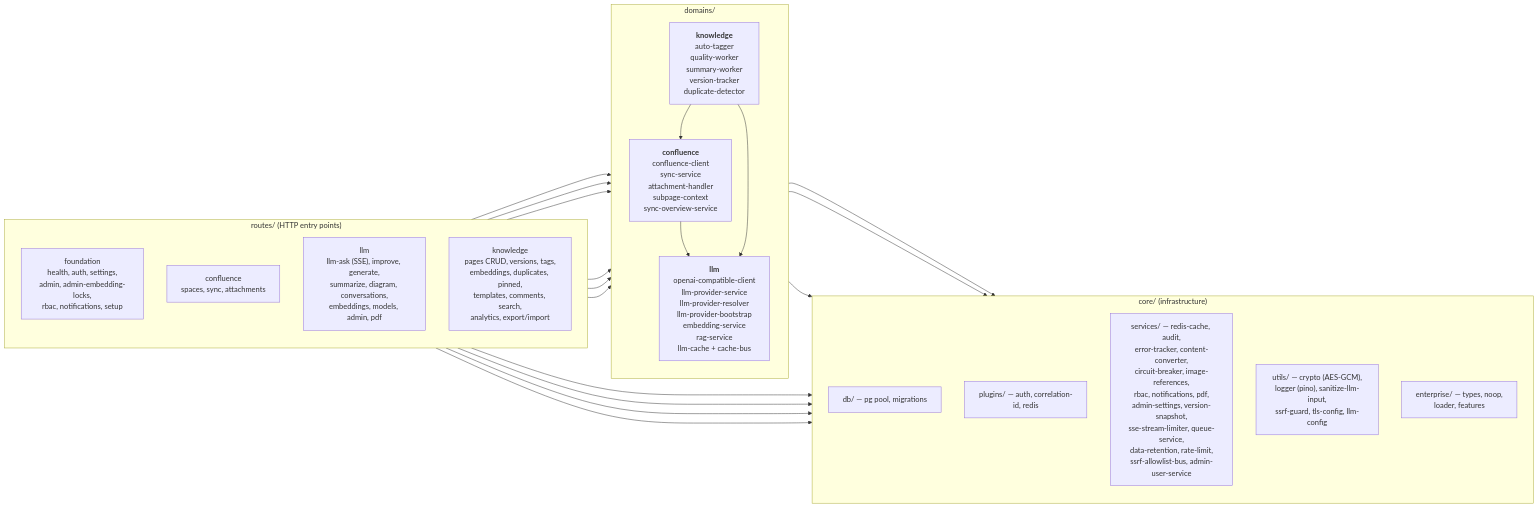
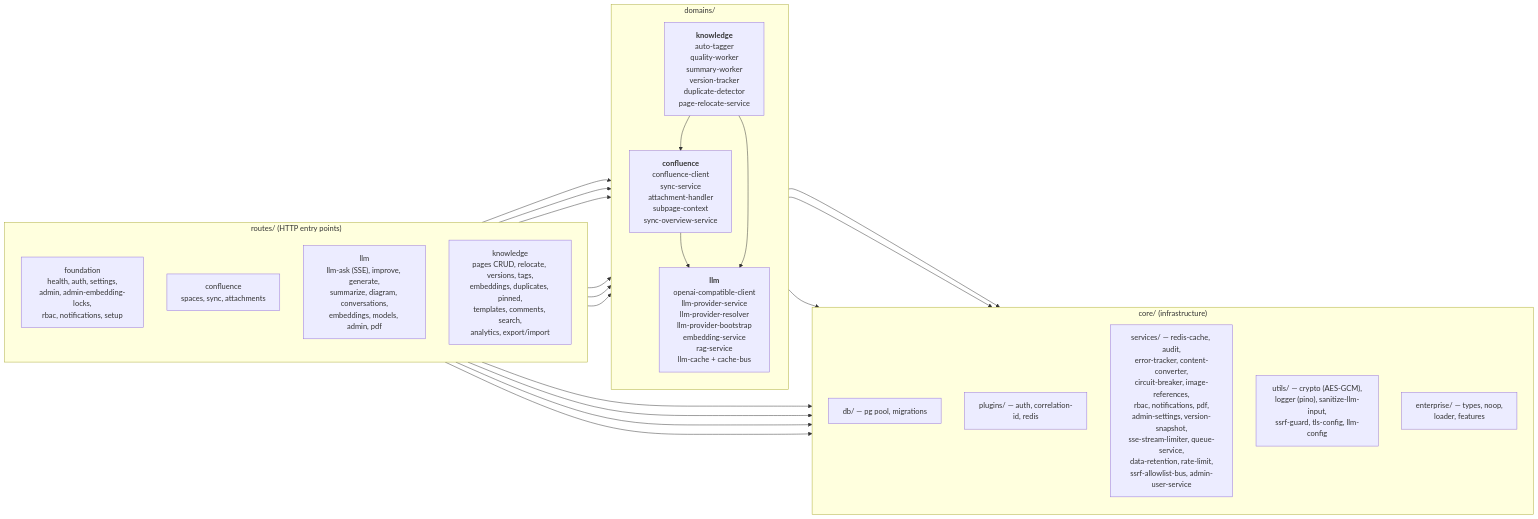
Before and after one commit to Compendiq/compendiq-ce: the first of 2 diagrams in docs/architecture/03-backend-domains.md, drawn with Mermaid. The commit also changed 6 other files, not shown here.

First line of the commit message:
fix(pages): address review findings on relocate (#1123)

````diff
--- a/docs/architecture/03-backend-domains.md
+++ b/docs/architecture/03-backend-domains.md
@@ -9,44 +9,44 @@
 ```mermaid
 flowchart LR
     subgraph routes["routes/ (HTTP entry points)"]
         direction TB
         rF["foundation<br/>health, auth, settings,<br/>admin, admin-embedding-locks,<br/>rbac, notifications, setup"]
         rC["confluence<br/>spaces, sync, attachments"]
         rL["llm<br/>llm-ask (SSE), improve, generate,<br/>summarize, diagram, conversations,<br/>embeddings, models, admin, pdf"]
-        rK["knowledge<br/>pages CRUD, versions, tags,<br/>embeddings, duplicates, pinned,<br/>templates, comments, search,<br/>analytics, export/import"]
+        rK["knowledge<br/>pages CRUD, relocate, versions, tags,<br/>embeddings, duplicates, pinned,<br/>templates, comments, search,<br/>analytics, export/import"]
     end
 
     subgraph domains["domains/"]
         direction TB
         dC["<b>confluence</b><br/>confluence-client<br/>sync-service<br/>attachment-handler<br/>subpage-context<br/>sync-overview-service"]
         dL["<b>llm</b><br/>openai-compatible-client<br/>llm-provider-service<br/>llm-provider-resolver<br/>llm-provider-bootstrap<br/>embedding-service<br/>rag-service<br/>llm-cache + cache-bus"]
-        dK["<b>knowledge</b><br/>auto-tagger<br/>quality-worker<br/>summary-worker<br/>version-tracker<br/>duplicate-detector"]
+        dK["<b>knowledge</b><br/>auto-tagger<br/>quality-worker<br/>summary-worker<br/>version-tracker<br/>duplicate-detector<br/>page-relocate-service"]
     end
 
     subgraph core["core/ (infrastructure)"]
         direction TB
         cDB["db/ — pg pool, migrations"]
         cPlug["plugins/ — auth, correlation-id, redis"]
         cSvc["services/ — redis-cache, audit,<br/>error-tracker, content-converter,<br/>circuit-breaker, image-references,<br/>rbac, notifications, pdf,<br/>admin-settings, version-snapshot,<br/>sse-stream-limiter, queue-service,<br/>data-retention, rate-limit,<br/>ssrf-allowlist-bus, admin-user-service"]
         cUtil["utils/ — crypto (AES-GCM),<br/>logger (pino), sanitize-llm-input,<br/>ssrf-guard, tls-config, llm-config"]
         cEnt["enterprise/ — types, noop,<br/>loader, features"]
     end
 
     rF --> core
     rC --> core
     rC --> dC
     rL --> core
     rL --> dL
     rL --> dC
     rK --> core
     rK --> dK
     rK --> dL
     rK --> dC
 
     dC --> core
     dC --> dL
     dL --> core
     dK --> core
     dK --> dL
     dK --> dC
 ```
````
